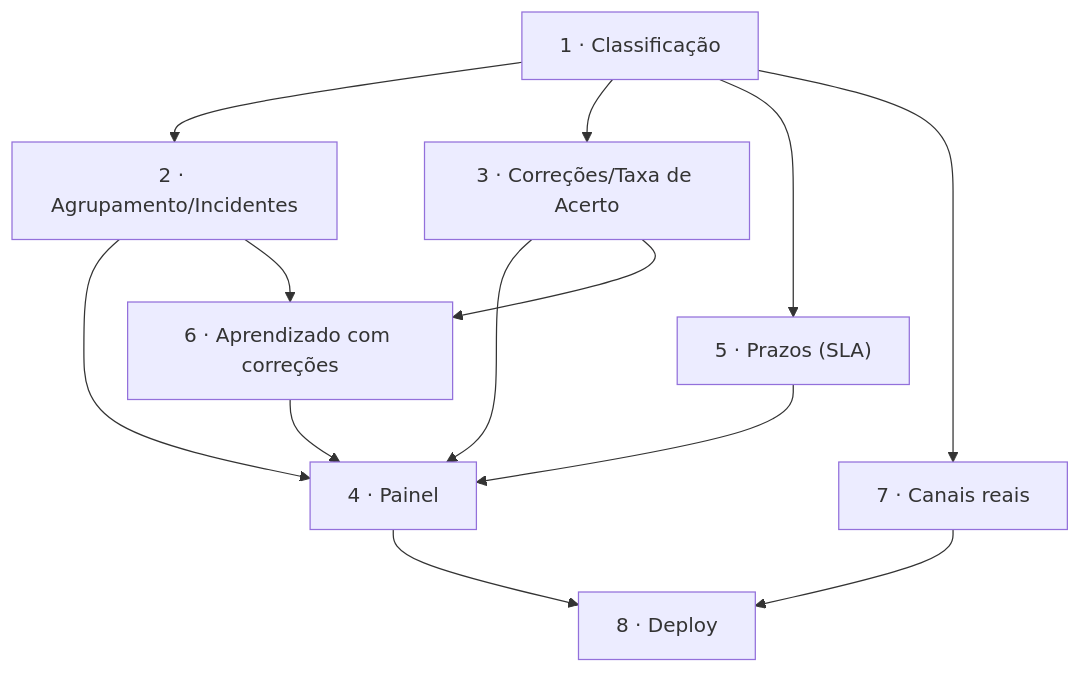
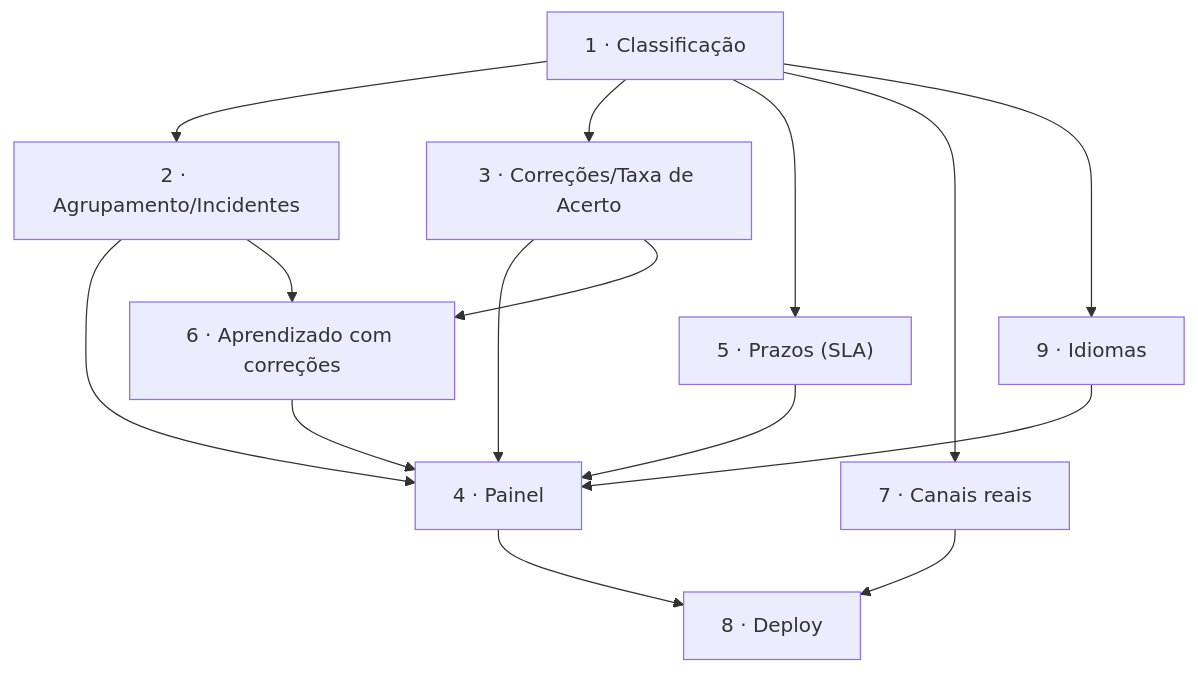
The diagram in management/roadmap.md (Miguel-Soares1/hackathon), drawn with Mermaid before and after one commit. The commit also changed other lines of this file and 28 other files, not shown here.

````diff
--- a/management/roadmap.md
+++ b/management/roadmap.md
@@ -31,23 +32,26 @@
 ```mermaid
 graph TD
   S1["1 · Classificação"]
   S2["2 · Agrupamento/Incidentes"]
   S3["3 · Correções/Taxa de Acerto"]
   S5["5 · Prazos (SLA)"]
   S4["4 · Painel"]
   S6["6 · Aprendizado com correções"]
   S7["7 · Canais reais"]
   S8["8 · Deploy"]
+  S9["9 · Idiomas"]
   S1 --> S2
   S1 --> S3
   S1 --> S5
   S2 --> S4
   S3 --> S4
   S5 --> S4
   S2 --> S6
   S3 --> S6
   S6 --> S4
   S1 --> S7
   S4 --> S8
   S7 --> S8
+  S1 --> S9
+  S9 --> S4
 ```
````
